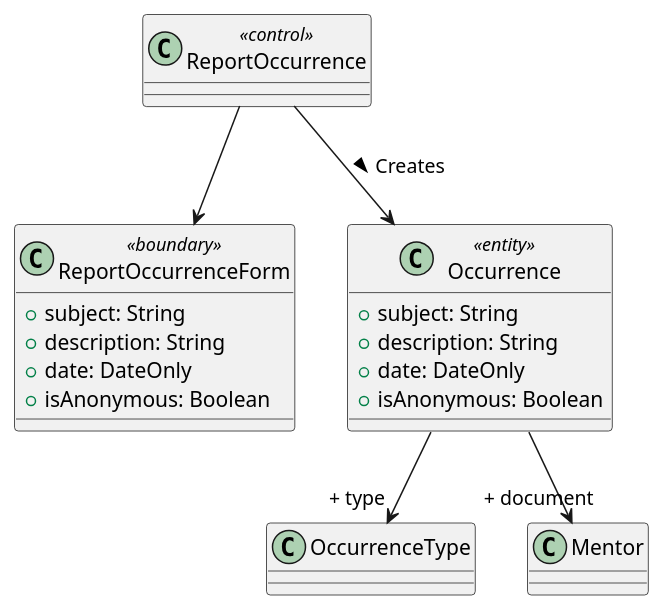
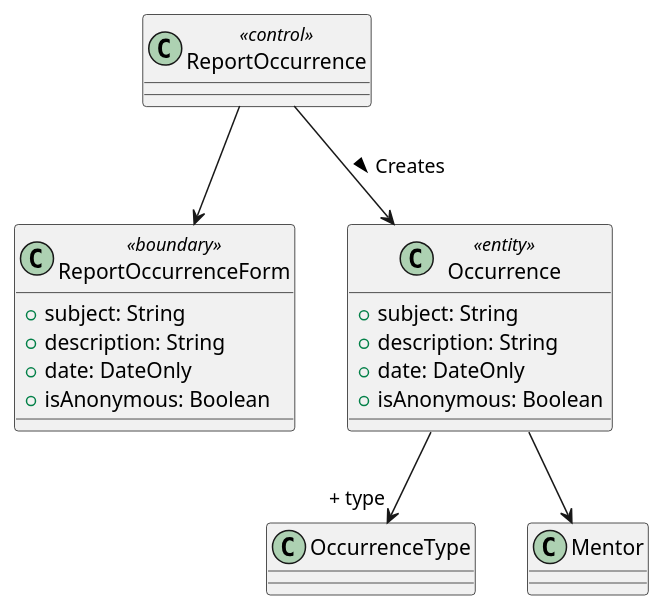
One commit to bmb0136/COMP-3700-Project changed the second of 2 diagrams in Use Cases/ReportOccurrence.iuml. Above: the diagram before and after it, drawn with PlantUML.

Commit message:
remove goofy field name

```diff
--- a/Use Cases/ReportOccurrence.iuml
+++ b/Use Cases/ReportOccurrence.iuml
@@ -34,19 +34,19 @@
 @startuml Report Occurrence Object Model
 class ReportOccurrence <<control>> {}
 class ReportOccurrenceForm <<boundary>> {
   + subject: String
   + description: String
   + date: DateOnly
   + isAnonymous: Boolean
 }
 class Occurrence <<entity>> {
   + subject: String
   + description: String
   + date: DateOnly
   + isAnonymous: Boolean
 }
 ReportOccurrence --> ReportOccurrenceForm
 ReportOccurrence --> Occurrence : Creates >
 Occurrence --> "+ type" OccurrenceType
-Occurrence --> "+ document" Mentor
+Occurrence --> Mentor
 @enduml
```
